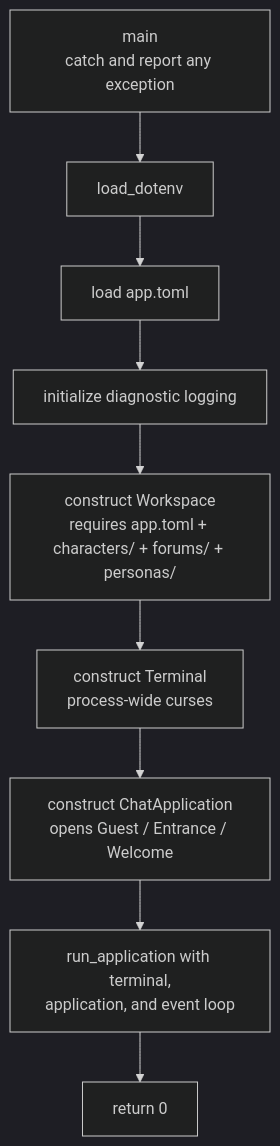
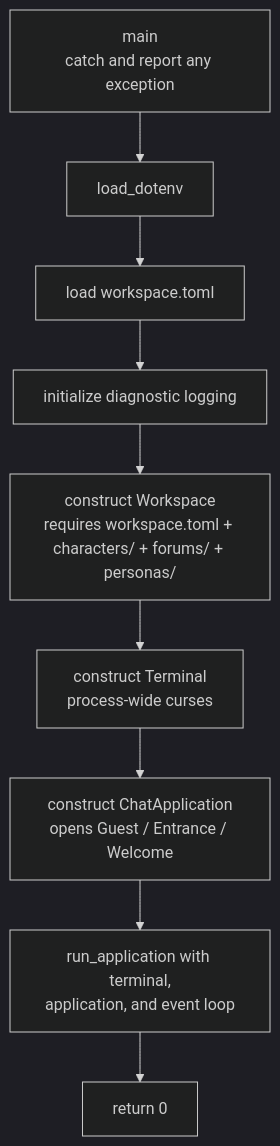
The diagram in src/apps/README.md (michaelpopov/cha), drawn with Mermaid (dark theme) before and after one commit. The commit also changed other lines of this file and 79 other files, not shown here.

````diff
--- a/src/apps/README.md
+++ b/src/apps/README.md
@@ -18,11 +18,11 @@
 ```mermaid
 flowchart TD
     a["main<br/>catch and report any exception"] --> b["load_dotenv"]
-    b --> config["load app.toml"]
+    b --> config["load workspace.toml"]
     config --> log["initialize diagnostic logging"]
-    log --> c["construct Workspace<br/>requires app.toml + characters/ + forums/ + personas/"]
+    log --> c["construct Workspace<br/>requires workspace.toml + characters/ + forums/ + personas/"]
     c --> d["construct Terminal<br/>process-wide curses"]
     d --> app["construct ChatApplication<br/>opens Guest / Entrance / Welcome"]
     app --> l["run_application with terminal,<br/>application, and event loop"]
     l --> m["return 0"]
 ```
````
